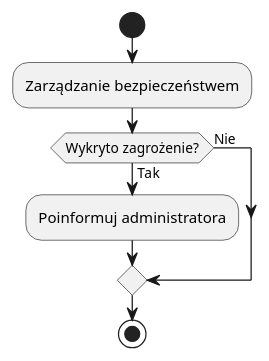
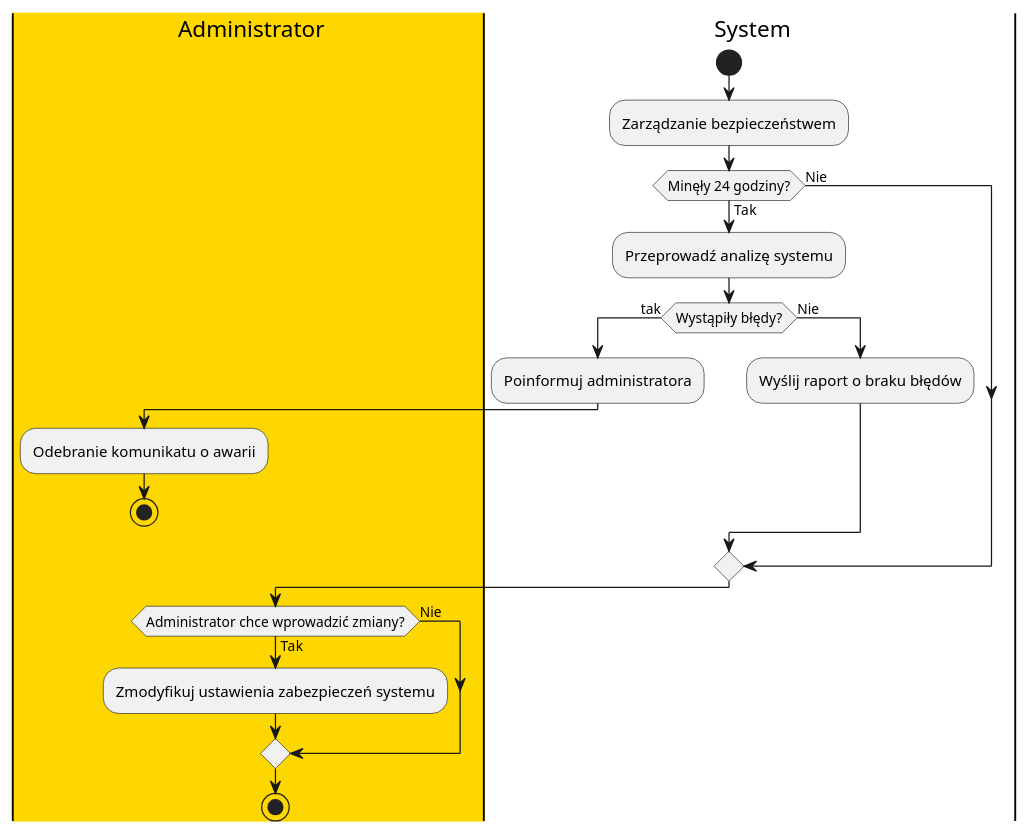
Before and after one commit to aleksanderpiluk/IWO: the diagram in dokumentacja/specyfikacja.wymagan/2.opis.biznesu/procesy.biznesowe/procesy/PB0012.puml, drawn with PlantUML. The commit also changed 9 other files, not shown here.

```diff
--- a/dokumentacja/specyfikacja.wymagan/2.opis.biznesu/procesy.biznesowe/procesy/PB0012.puml
+++ b/dokumentacja/specyfikacja.wymagan/2.opis.biznesu/procesy.biznesowe/procesy/PB0012.puml
@@ -1,13 +1,31 @@
 @startuml
 
-
+|#gold|a| Administrator
+|s| System
 start
 :Zarządzanie bezpieczeństwem;
 
-if (Wykryto zagrożenie?) then (Tak)
+if (Minęły 24 godziny?) then (Tak)
+  :Przeprowadź analizę systemu;
+  if (Wystąpiły błędy?) then (tak)
   :Poinformuj administratora;
+  |a| 
+  :Odebranie komunikatu o awarii;
+  stop
+  else (Nie) 
+  |s|
+  :Wyślij raport o braku błędów;
+  endif
+else (Nie)
+endif
+|a|
+if (Administrator chce wprowadzić zmiany?) then (Tak)
+  :Zmodyfikuj ustawienia zabezpieczeń systemu;
 else (Nie)
 endif
 
+
+
+
 stop
 @enduml
```
